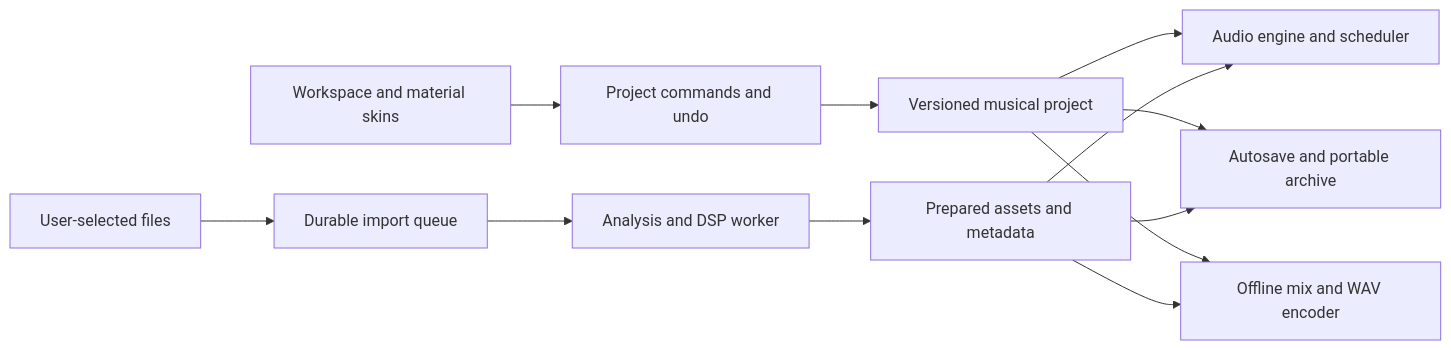
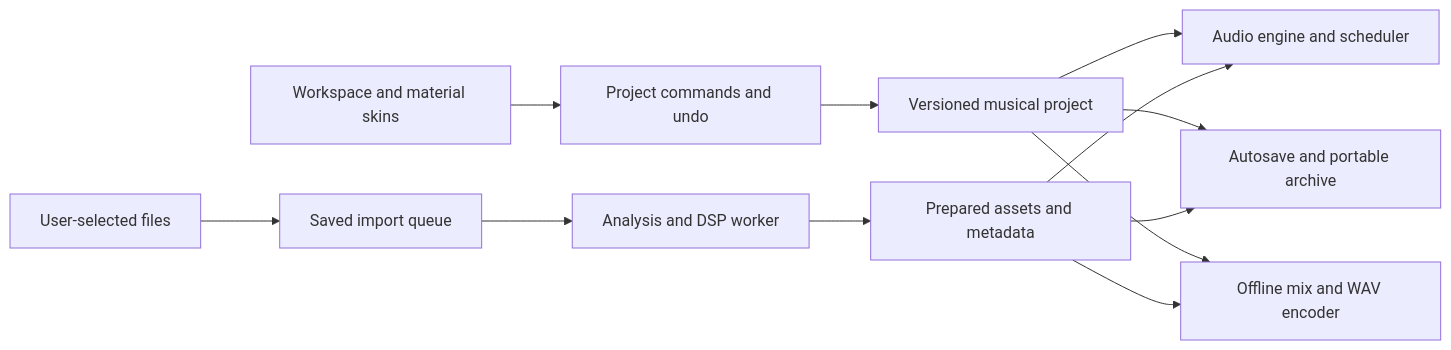
The diagram in docs/plan.md (satyrlord/ravefold), drawn with Mermaid before and after one commit. The commit also changed other lines of this file and 10 other files, not shown here.

````diff
--- a/docs/plan.md
+++ b/docs/plan.md
@@ -187,14 +220,14 @@
 ```mermaid
 flowchart LR
   UI[Workspace and material skins] --> Commands[Project commands and undo]
   Commands --> Project[Versioned musical project]
   Project --> Engine[Audio engine and scheduler]
-  Files[User-selected files] --> Queue[Durable import queue]
+  Files[User-selected files] --> Queue[Saved import queue]
   Queue --> Worker[Analysis and DSP worker]
   Worker --> Store[Prepared assets and metadata]
   Store --> Engine
   Project --> Save[Autosave and portable archive]
   Store --> Save
   Project --> Export[Offline mix and WAV encoder]
   Store --> Export
 ```
````
